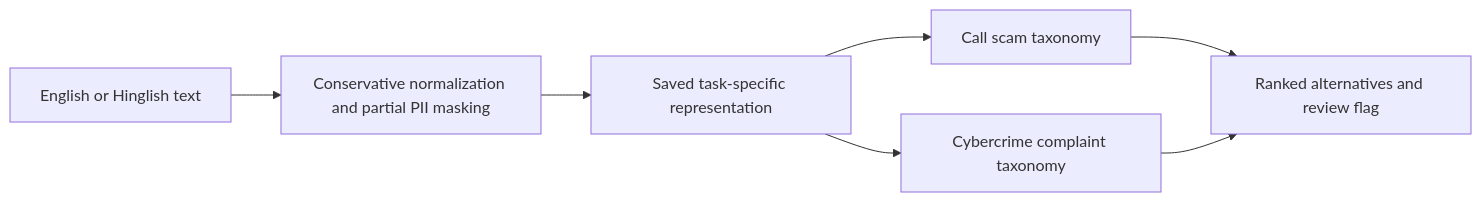
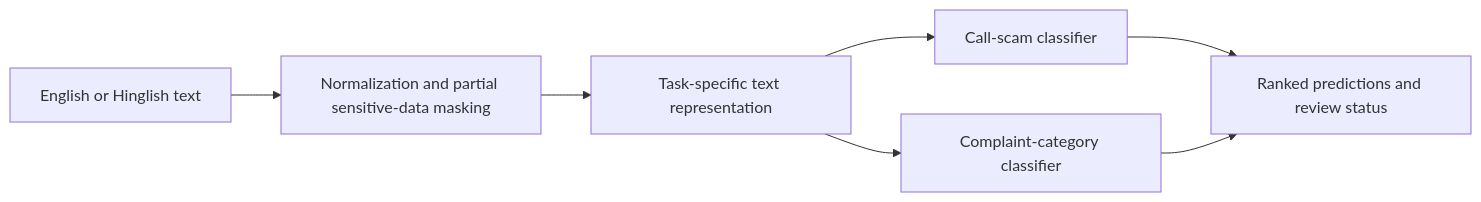
One commit to ChaitanyaKash/CyberLens changed the diagram in README.md. Above: the diagram before and after it, drawn with Mermaid. The commit also changed other lines of this file and 12 other files, not shown here.

````diff
--- a/README.md
+++ b/README.md
@@ -11,9 +9,9 @@
 ```mermaid
 flowchart LR
-    A[English or Hinglish text] --> B[Conservative normalization and partial PII masking]
-    B --> C[Saved task-specific representation]
-    C --> D[Call scam taxonomy]
-    C --> E[Cybercrime complaint taxonomy]
-    D --> F[Ranked alternatives and review flag]
+    A[English or Hinglish text] --> B[Normalization and partial sensitive-data masking]
+    B --> C[Task-specific text representation]
+    C --> D[Call-scam classifier]
+    C --> E[Complaint-category classifier]
+    D --> F[Ranked predictions and review status]
     E --> F
 ```
````
